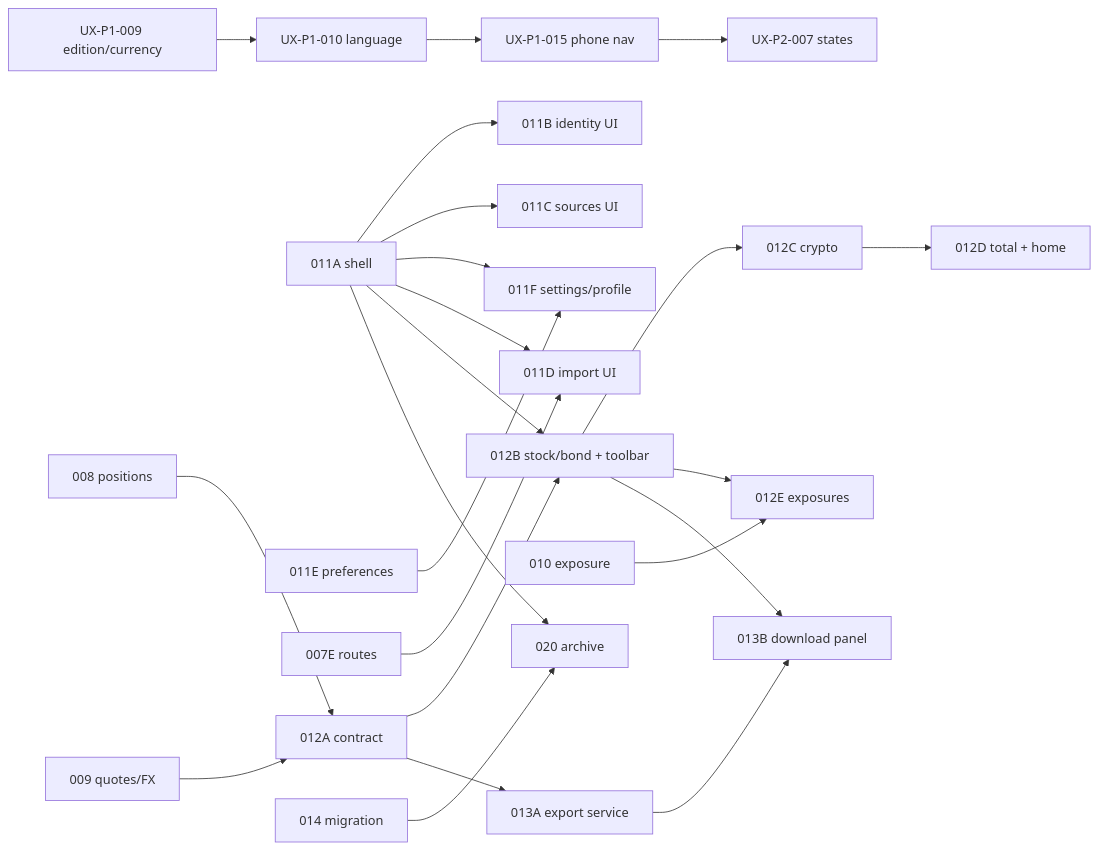
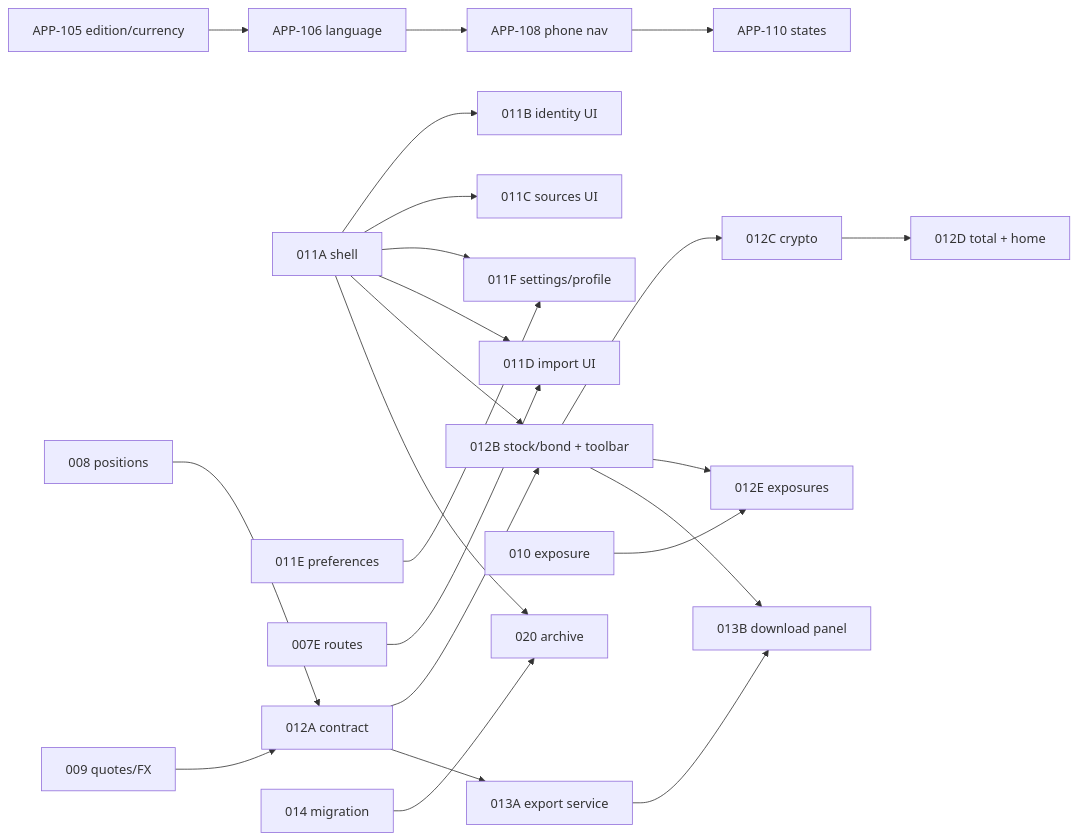
One commit to gh-slee/kurafolio changed the second of 2 diagrams in tickets/ROADMAP.md. Above: the diagram before and after it, drawn with Mermaid. The commit also changed other lines of this file and 280 other files, not shown here.

````diff
--- a/tickets/ROADMAP.md
+++ b/tickets/ROADMAP.md
@@ -216,20 +221,20 @@
 ```mermaid
 graph LR
-  U9[UX-P1-009 edition/currency] --> U10[UX-P1-010 language] --> U15[UX-P1-015 phone nav] --> U27[UX-P2-007 states]
+  U9[APP-105 edition/currency] --> U10[APP-106 language] --> U15[APP-108 phone nav] --> U27[APP-110 states]
   A[011A shell] --> B[011B identity UI]
   A --> C[011C sources UI]
   A --> F[011F settings/profile]
   E[011E preferences] --> F
   A --> D[011D import UI]
   R[007E routes] --> D
   P8[008 positions] --> A12[012A contract]
   P9[009 quotes/FX] --> A12
   A12 --> B12[012B stock/bond + toolbar] --> C12[012C crypto] --> D12[012D total + home]
   A --> B12
   P10[010 exposure] --> E12[012E exposures]
   B12 --> E12
   A12 --> A13[013A export service] --> B13[013B download panel]
   B12 --> B13
   M14[014 migration] --> L20[020 archive]
   A --> L20
 ```
````
